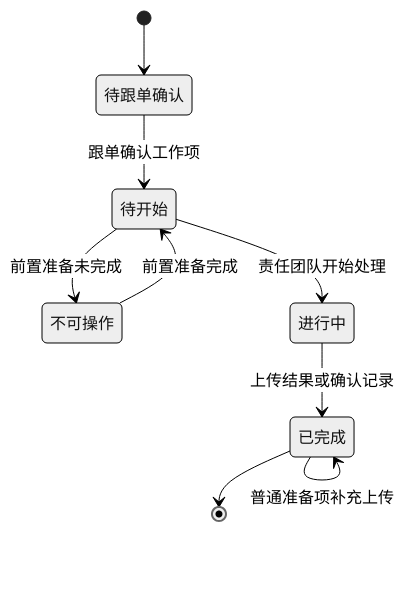
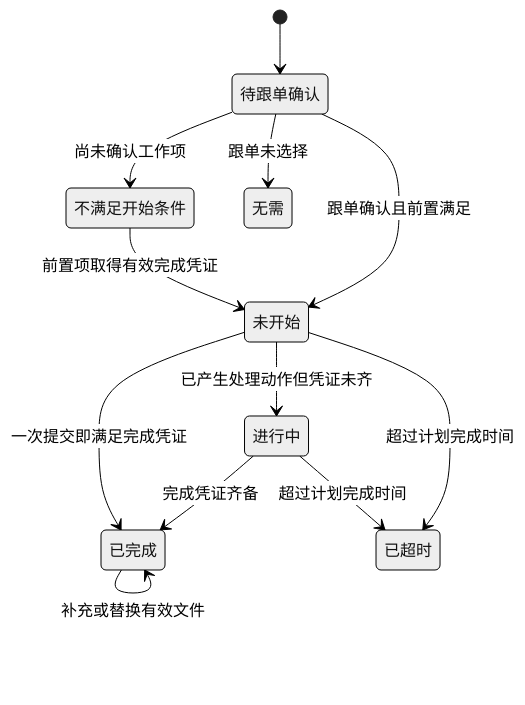
The sixth of 8 diagrams in docs/product-design/生产准备时效产品需求文档.md (laoertongxue/higoods), drawn with Mermaid (neutral theme) before and after one commit. The commit also changed other lines of this file, not shown here.

````diff
--- a/docs/product-design/生产准备时效产品需求文档.md
+++ b/docs/product-design/生产准备时效产品需求文档.md
@@ -328,11 +476,14 @@
 ```mermaid
 stateDiagram-v2
   [*] --> 待跟单确认
-  待跟单确认 --> 待开始: 跟单确认工作项
-  待开始 --> 不可操作: 前置准备未完成
-  不可操作 --> 待开始: 前置准备完成
-  待开始 --> 进行中: 责任团队开始处理
-  进行中 --> 已完成: 上传结果或确认记录
-  已完成 --> 已完成: 普通准备项补充上传
-  已完成 --> [*]
+  待跟单确认 --> 不满足开始条件: 尚未确认工作项
+  待跟单确认 --> 未开始: 跟单确认且前置满足
+  不满足开始条件 --> 未开始: 前置项取得有效完成凭证
+  未开始 --> 进行中: 已产生处理动作但凭证未齐
+  进行中 --> 已完成: 完成凭证齐备
+  未开始 --> 已完成: 一次提交即满足完成凭证
+  已完成 --> 已完成: 补充或替换有效文件
+  待跟单确认 --> 无需: 跟单未选择
+  未开始 --> 已超时: 超过计划完成时间
+  进行中 --> 已超时: 超过计划完成时间
 ```
````
